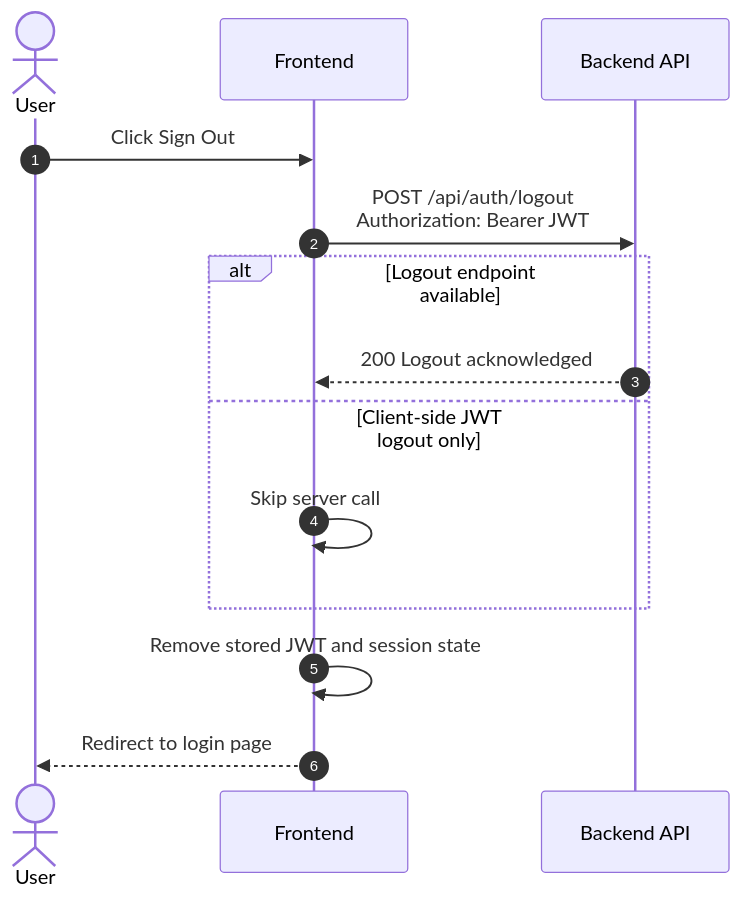
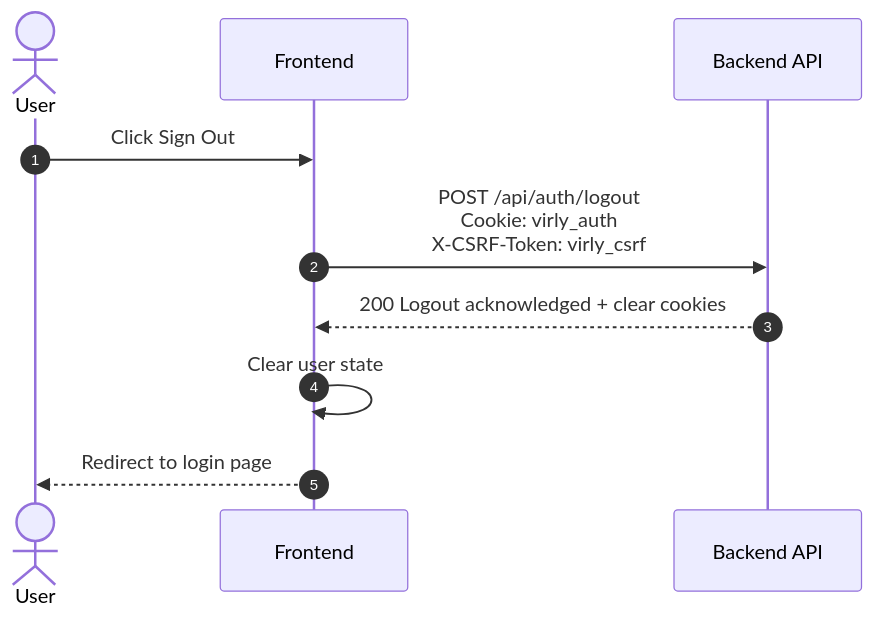
Before and after one commit to AyalMoran/virly: the seventh of 7 diagrams in docs/sequence-diagrams.md, drawn with Mermaid. The commit also changed other lines of this file and 2 other files, not shown here.

Commit message:
feat: Update documentation to reflect Virly branding and enhance authentication details

````diff
--- a/docs/sequence-diagrams.md
+++ b/docs/sequence-diagrams.md
@@ -238,19 +243,13 @@
 ```mermaid
 sequenceDiagram
     autonumber
     actor User
     participant Frontend
     participant BackendAPI as Backend API
 
     User->>Frontend: Click Sign Out
-    Frontend->>BackendAPI: POST /api/auth/logout<br/>Authorization: Bearer JWT
-
-    alt Logout endpoint available
-        BackendAPI-->>Frontend: 200 Logout acknowledged
-    else Client-side JWT logout only
-        Frontend->>Frontend: Skip server call
-    end
-
-    Frontend->>Frontend: Remove stored JWT and session state
+    Frontend->>BackendAPI: POST /api/auth/logout<br/>Cookie: virly_auth<br/>X-CSRF-Token: virly_csrf
+    BackendAPI-->>Frontend: 200 Logout acknowledged + clear cookies
+    Frontend->>Frontend: Clear user state
     Frontend-->>User: Redirect to login page
 ```
````
